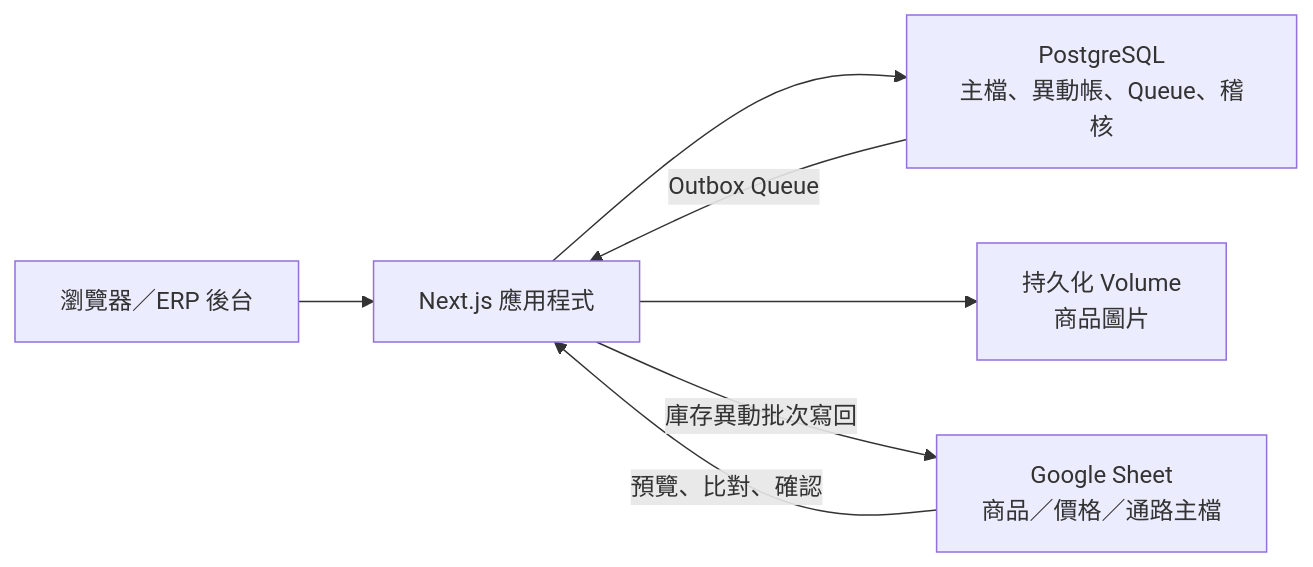
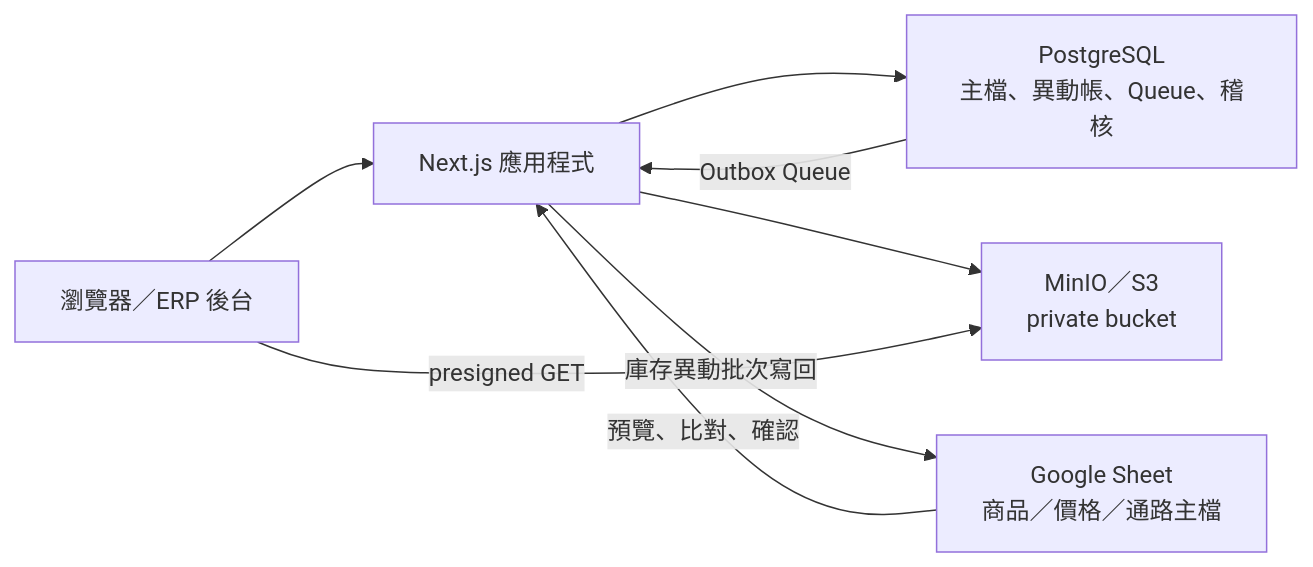
One commit to richard880502/neverland-erp changed the first of 2 diagrams in docs/operations-reference.md. Above: the diagram before and after it, drawn with Mermaid. The commit also changed other lines of this file and 14 other files, not shown here.

Commit message:
feat(storage): move product images to MinIO

````diff
--- a/docs/operations-reference.md
+++ b/docs/operations-reference.md
@@ -21,9 +21,10 @@
 ```mermaid
 flowchart LR
     Browser["瀏覽器／ERP 後台"] --> App["Next.js 應用程式"]
     App --> DB["PostgreSQL\n主檔、異動帳、Queue、稽核"]
-    App --> Files["持久化 Volume\n商品圖片"]
+    App --> Storage["MinIO／S3\nprivate bucket"]
+    Browser -->|"presigned GET"| Storage
     Sheet["Google Sheet\n商品／價格／通路主檔"] -->|"預覽、比對、確認"| App
     DB -->|"Outbox Queue"| App
     App -->|"庫存異動批次寫回"| Sheet
 ```
````
